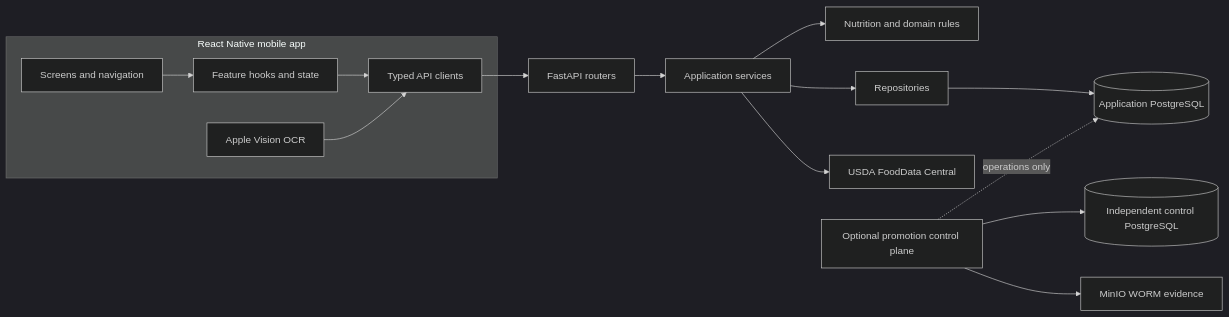
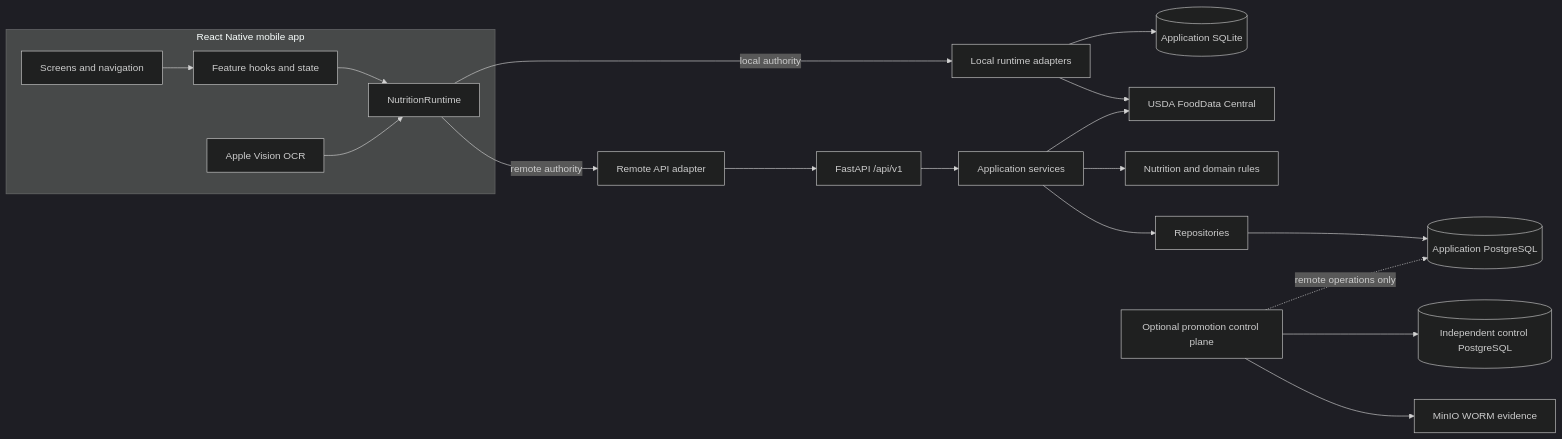
One commit to MitCaine/Nutrition-App changed the second of 2 diagrams in README.md. Above: the diagram before and after it, drawn with Mermaid (dark theme). The commit also changed other lines of this file and 13 other files, not shown here.

````diff
--- a/README.md
+++ b/README.md
@@ -74,19 +77,24 @@
 ```mermaid
 flowchart LR
     subgraph Mobile["React Native mobile app"]
         Screen["Screens and navigation"] --> Hook["Feature hooks and state"]
-        Hook --> Client["Typed API clients"]
-        Vision["Apple Vision OCR"] --> Client
+        Hook --> Runtime["NutritionRuntime"]
+        Vision["Apple Vision OCR"] --> Runtime
     end
 
-    Client --> API["FastAPI routers"]
+    Runtime -->|local authority| Local["Local runtime adapters"]
+    Local --> LocalDB[("Application SQLite")]
+    Local --> USDA["USDA FoodData Central"]
+
+    Runtime -->|remote authority| Remote["Remote API adapter"]
+    Remote --> API["FastAPI /api/v1"]
     API --> Service["Application services"]
     Service --> Domain["Nutrition and domain rules"]
     Service --> Repository["Repositories"]
     Repository --> AppDB[("Application PostgreSQL")]
-    Service --> USDA["USDA FoodData Central"]
+    Service --> USDA
 
-    Control["Optional promotion control plane"] -.->|operations only| AppDB
+    Control["Optional promotion control plane"] -.->|remote operations only| AppDB
     Control --> ControlDB[("Independent control PostgreSQL")]
     Control --> WORM["MinIO WORM evidence"]
 ```
````
